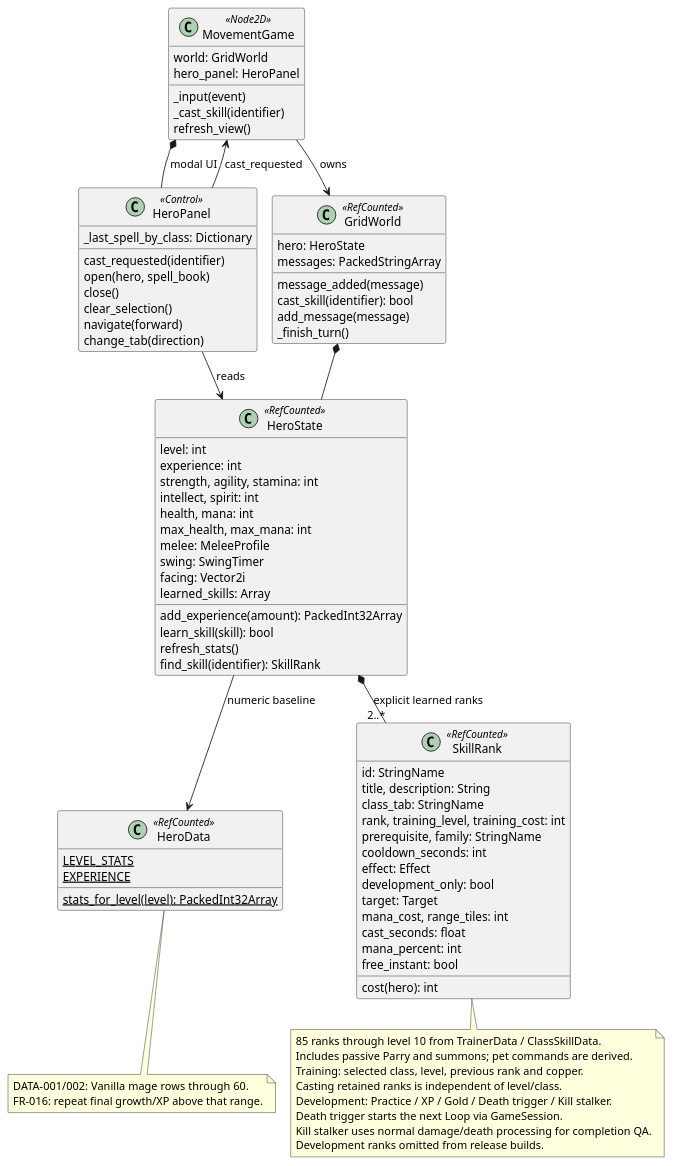
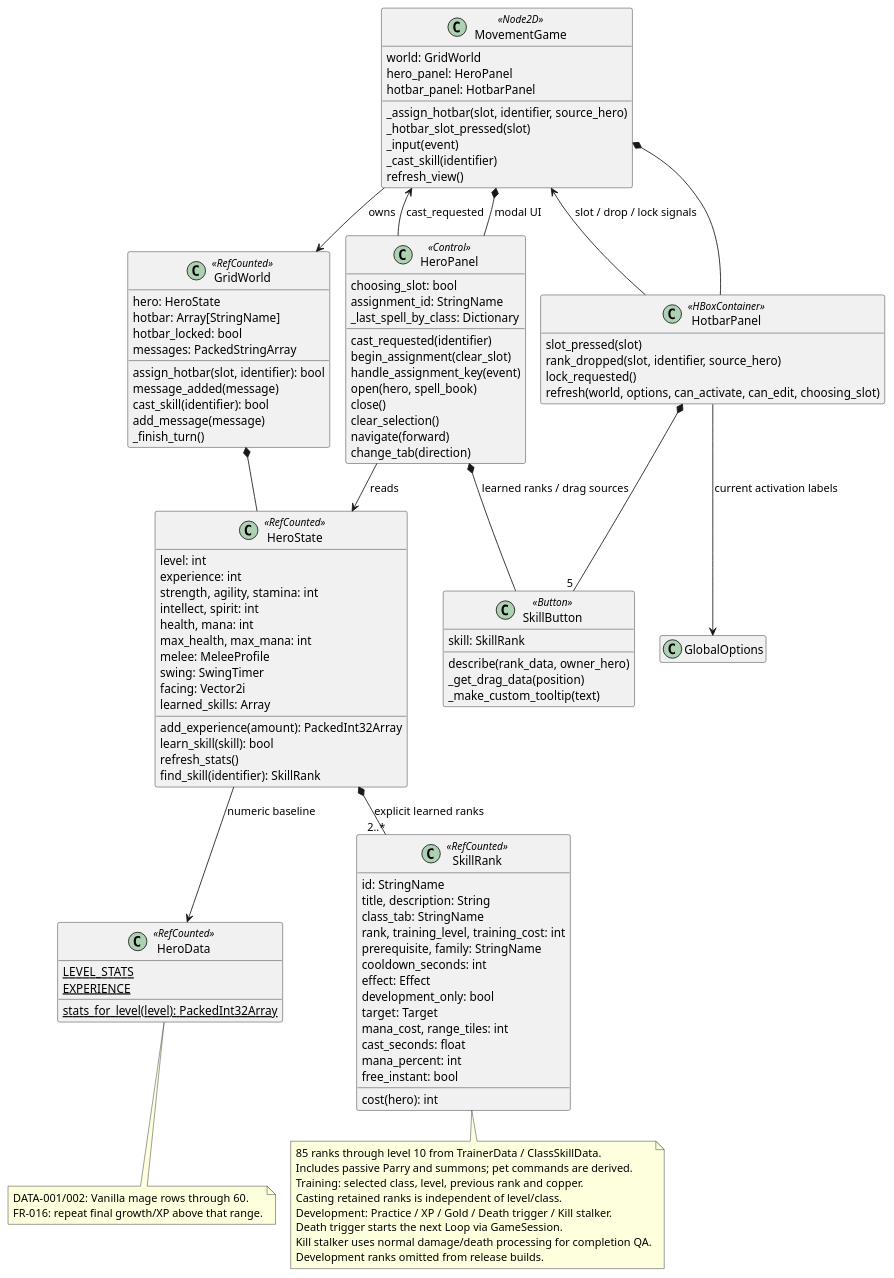
The diagram in docs/architecture/classes/hero.puml (VHonzik/Ostinato), drawn with PlantUML before and after one commit. The commit also changed 18 other files, not shown here.

```diff
--- a/docs/architecture/classes/hero.puml
+++ b/docs/architecture/classes/hero.puml
@@ -1,90 +1,117 @@
 @startuml
 !pragma layout smetana
 skinparam shadowing false
 skinparam classAttributeIconSize 0
 hide empty members
 
 class MovementGame <<Node2D>> {
   world: GridWorld
   hero_panel: HeroPanel
+  hotbar_panel: HotbarPanel
+  _assign_hotbar(slot, identifier, source_hero)
+  _hotbar_slot_pressed(slot)
   _input(event)
   _cast_skill(identifier)
   refresh_view()
 }
 class HeroPanel <<Control>> {
   cast_requested(identifier)
+  choosing_slot: bool
+  assignment_id: StringName
+  begin_assignment(clear_slot)
+  handle_assignment_key(event)
   _last_spell_by_class: Dictionary
   open(hero, spell_book)
   close()
   clear_selection()
   navigate(forward)
   change_tab(direction)
 }
 class GridWorld <<RefCounted>> {
   hero: HeroState
+  hotbar: Array[StringName]
+  hotbar_locked: bool
+  assign_hotbar(slot, identifier): bool
   messages: PackedStringArray
   message_added(message)
   cast_skill(identifier): bool
   add_message(message)
   _finish_turn()
 }
 class HeroState <<RefCounted>> {
   level: int
   experience: int
   strength, agility, stamina: int
   intellect, spirit: int
   health, mana: int
   max_health, max_mana: int
   melee: MeleeProfile
   swing: SwingTimer
   facing: Vector2i
   learned_skills: Array
   add_experience(amount): PackedInt32Array
   learn_skill(skill): bool
   refresh_stats()
   find_skill(identifier): SkillRank
 }
 class HeroData <<RefCounted>> {
   {static} LEVEL_STATS
   {static} EXPERIENCE
   {static} stats_for_level(level): PackedInt32Array
 }
 class SkillRank <<RefCounted>> {
   id: StringName
   title, description: String
   class_tab: StringName
   rank, training_level, training_cost: int
   prerequisite, family: StringName
   cooldown_seconds: int
   effect: Effect
   development_only: bool
   target: Target
   mana_cost, range_tiles: int
   cast_seconds: float
   mana_percent: int
   free_instant: bool
   cost(hero): int
 }
+class HotbarPanel <<HBoxContainer>> {
+  slot_pressed(slot)
+  rank_dropped(slot, identifier, source_hero)
+  lock_requested()
+  refresh(world, options, can_activate, can_edit, choosing_slot)
+}
+class SkillButton <<Button>> {
+  skill: SkillRank
+  describe(rank_data, owner_hero)
+  _get_drag_data(position)
+  _make_custom_tooltip(text)
+}
+MovementGame *-- HotbarPanel
+HotbarPanel *-- "5" SkillButton
+HeroPanel *-- SkillButton : learned ranks / drag sources
+HotbarPanel --> MovementGame : slot / drop / lock signals
+HotbarPanel --> GlobalOptions : current activation labels
 MovementGame --> GridWorld : owns
 MovementGame *-- HeroPanel : modal UI
 HeroPanel --> HeroState : reads
 HeroPanel --> MovementGame : cast_requested
 GridWorld *-- HeroState
 HeroState --> HeroData : numeric baseline
 HeroState *-- "2..*" SkillRank : explicit learned ranks
 
 note bottom of HeroData
 DATA-001/002: Vanilla mage rows through 60.
 FR-016: repeat final growth/XP above that range.
 end note
 note bottom of SkillRank
 85 ranks through level 10 from TrainerData / ClassSkillData.
 Includes passive Parry and summons; pet commands are derived.
 Training: selected class, level, previous rank and copper.
 Casting retained ranks is independent of level/class.
 Development: Practice / XP / Gold / Death trigger / Kill stalker.
 Death trigger starts the next Loop via GameSession.
 Kill stalker uses normal damage/death processing for completion QA.
 Development ranks omitted from release builds.
 end note
 @enduml
```
